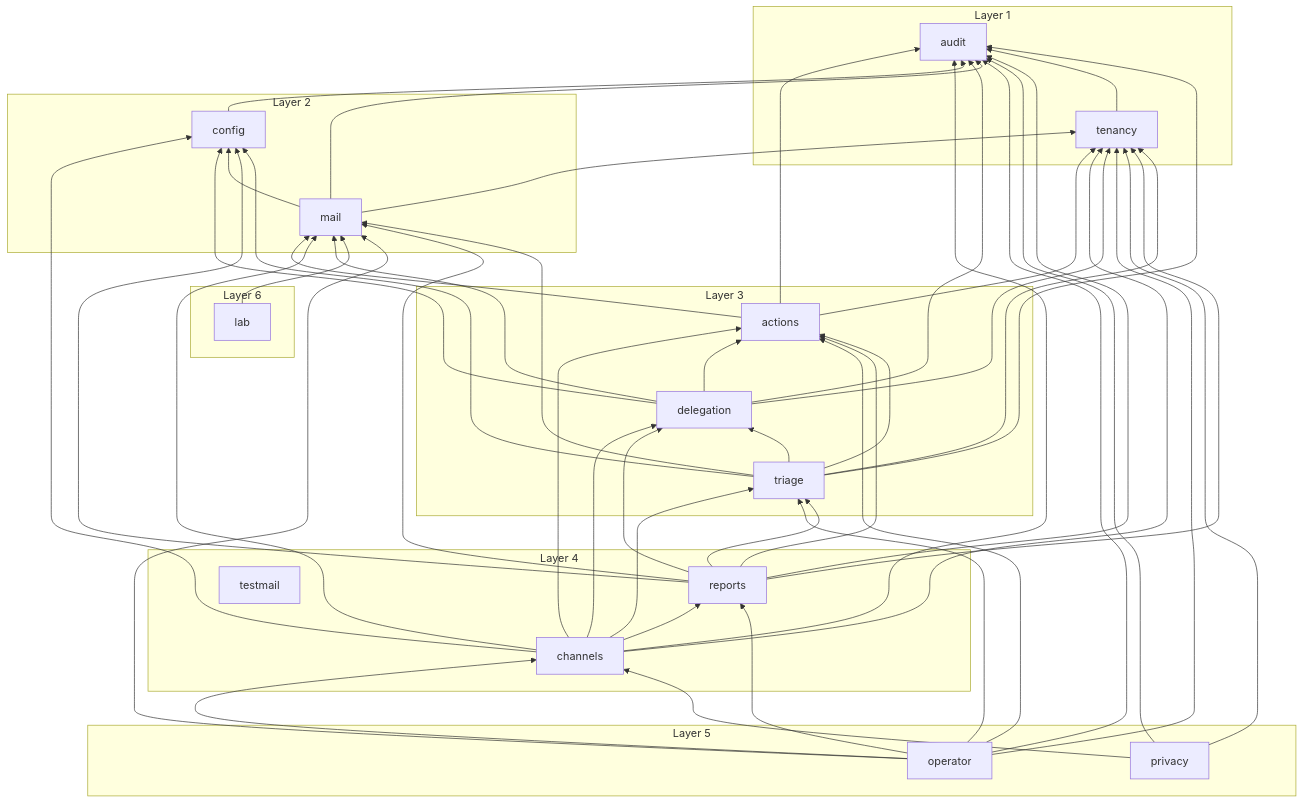
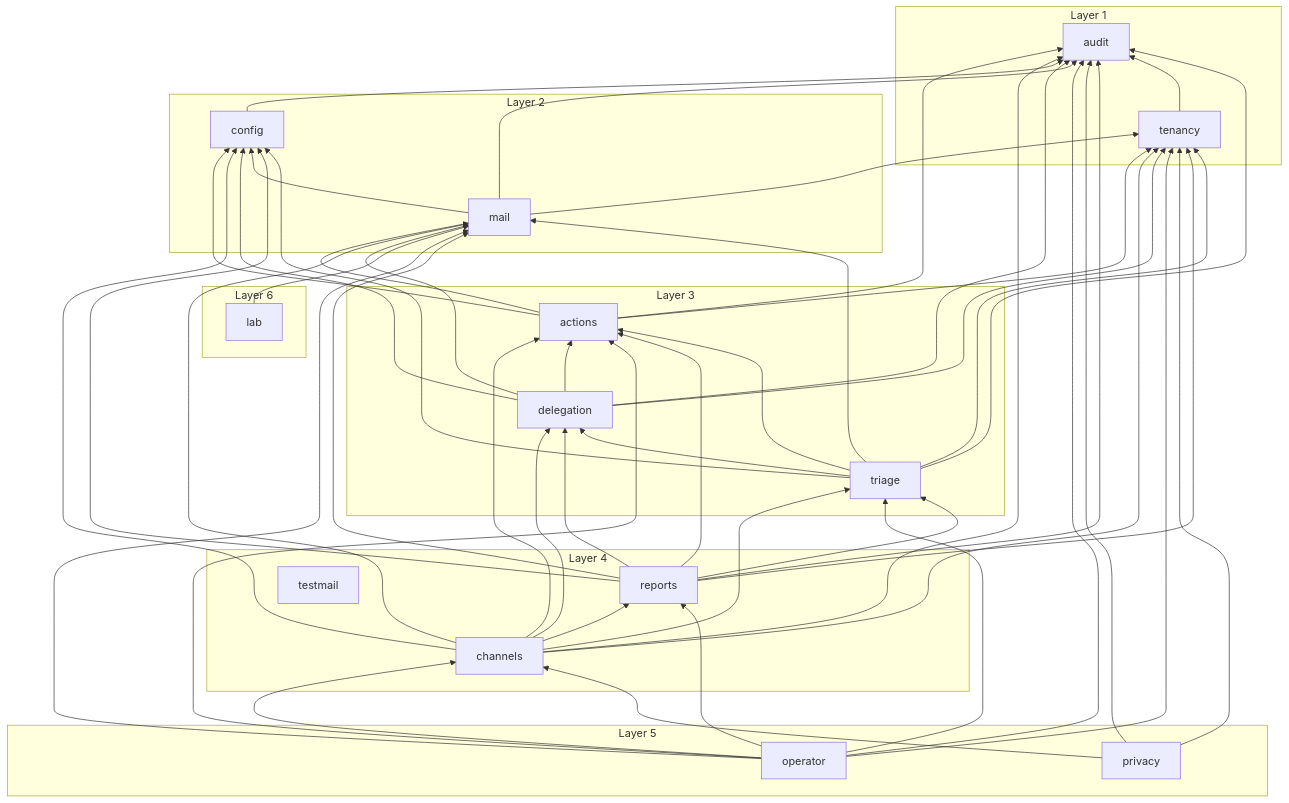
One commit to Artexs/email_assistant changed the diagram in docs/diagrams/module-graph.md. Above: the diagram before and after it, drawn with Mermaid. The commit also changed 20 other files, not shown here.

````diff
--- a/docs/diagrams/module-graph.md
+++ b/docs/diagrams/module-graph.md
@@ -7,73 +7,74 @@
 ```mermaid
 flowchart BT
   subgraph group1["Layer 1"]
     audit
     tenancy
   end
   subgraph group2["Layer 2"]
     config
     mail
   end
   subgraph group3["Layer 3"]
     triage
     actions
     delegation
   end
   subgraph group4["Layer 4"]
     reports
     channels
     testmail
   end
   subgraph group5["Layer 5"]
     operator
     privacy
   end
   subgraph group6["Layer 6"]
     lab
   end
   actions --> audit
+  actions --> config
   actions --> mail
   actions --> tenancy
   channels --> actions
   channels --> audit
   channels --> config
   channels --> delegation
   channels --> mail
   channels --> reports
   channels --> tenancy
   channels --> triage
   config --> audit
   delegation --> actions
   delegation --> audit
   delegation --> config
   delegation --> mail
   delegation --> tenancy
   lab --> mail
   mail --> audit
   mail --> config
   mail --> tenancy
   operator --> actions
   operator --> audit
   operator --> channels
   operator --> mail
   operator --> reports
   operator --> tenancy
   operator --> triage
   privacy --> audit
   privacy --> channels
   privacy --> tenancy
   reports --> actions
   reports --> audit
   reports --> config
   reports --> delegation
   reports --> mail
   reports --> tenancy
   reports --> triage
   tenancy --> audit
   triage --> actions
   triage --> audit
   triage --> config
   triage --> delegation
   triage --> mail
   triage --> tenancy
 ```
````
